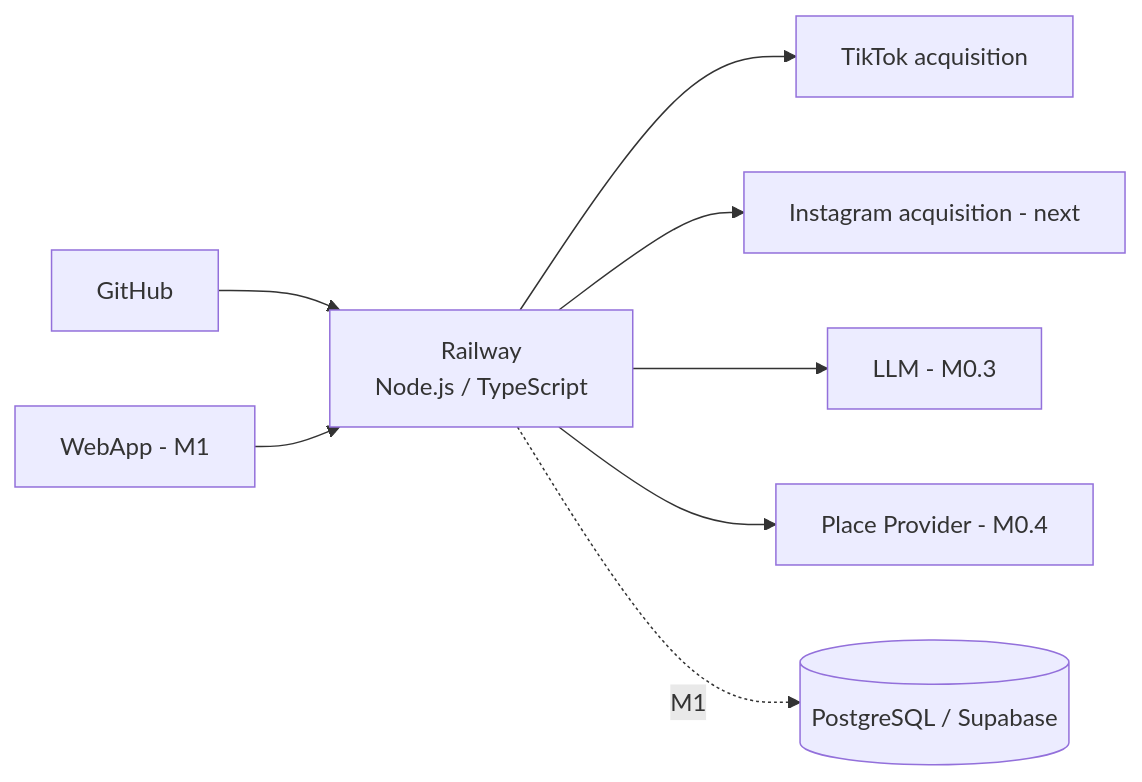
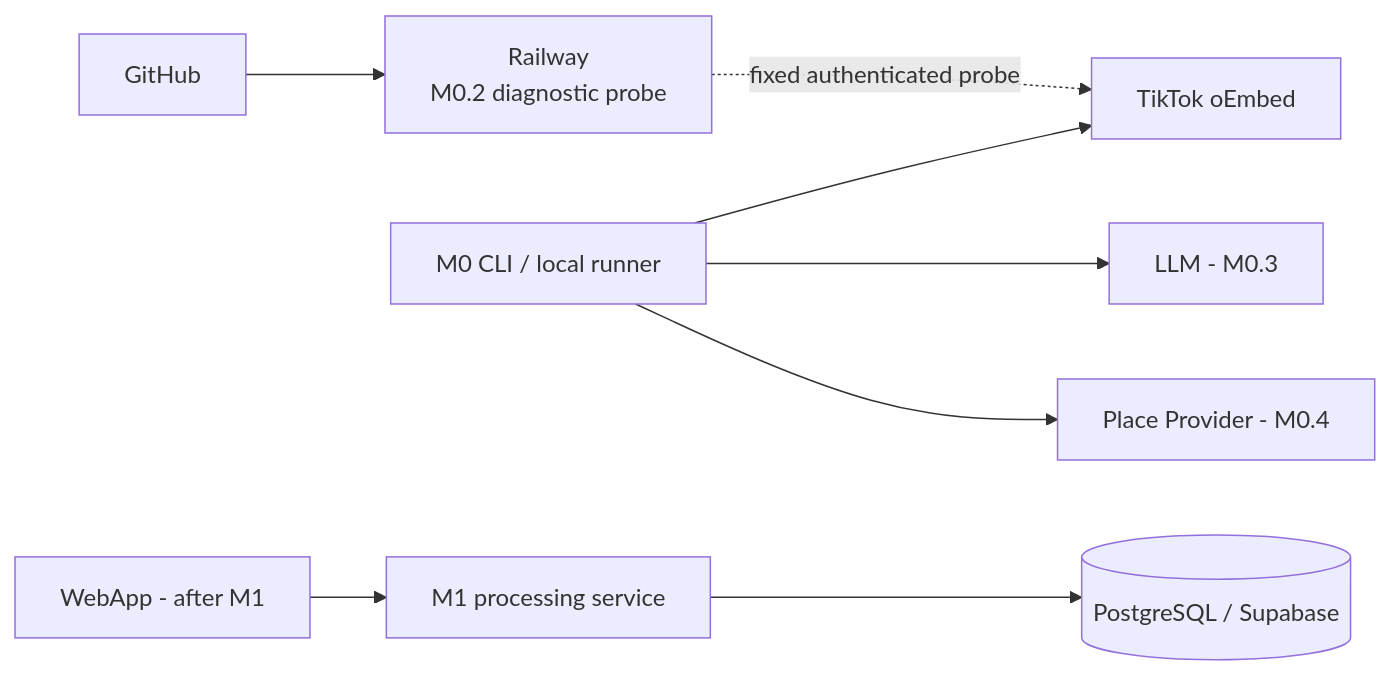
One commit to Viniciuscarvalho/SavePlace changed the seventh of 8 diagrams in README.md. Above: the diagram before and after it, drawn with Mermaid. The commit also changed other lines of this file and 18 other files, not shown here.

````diff
--- a/README.md
+++ b/README.md
@@ -299,10 +299,10 @@
 ```mermaid
 flowchart LR
-    GH[GitHub] --> R[Railway<br/>Node.js / TypeScript]
-    R --> T[TikTok acquisition]
-    R --> I[Instagram acquisition - next]
-    R --> AI[LLM - M0.3]
-    R --> P[Place Provider - M0.4]
-    R -. M1 .-> DB[(PostgreSQL / Supabase)]
-    W[WebApp - M1] --> R
+    GH[GitHub] --> R[Railway<br/>M0.2 diagnostic probe]
+    R -. fixed authenticated probe .-> T[TikTok oEmbed]
+    CLI[M0 CLI / local runner] --> T
+    CLI --> AI[LLM - M0.3]
+    CLI --> P[Place Provider - M0.4]
+    API[M1 processing service] --> DB[(PostgreSQL / Supabase)]
+    W[WebApp - after M1] --> API
 ```
````
